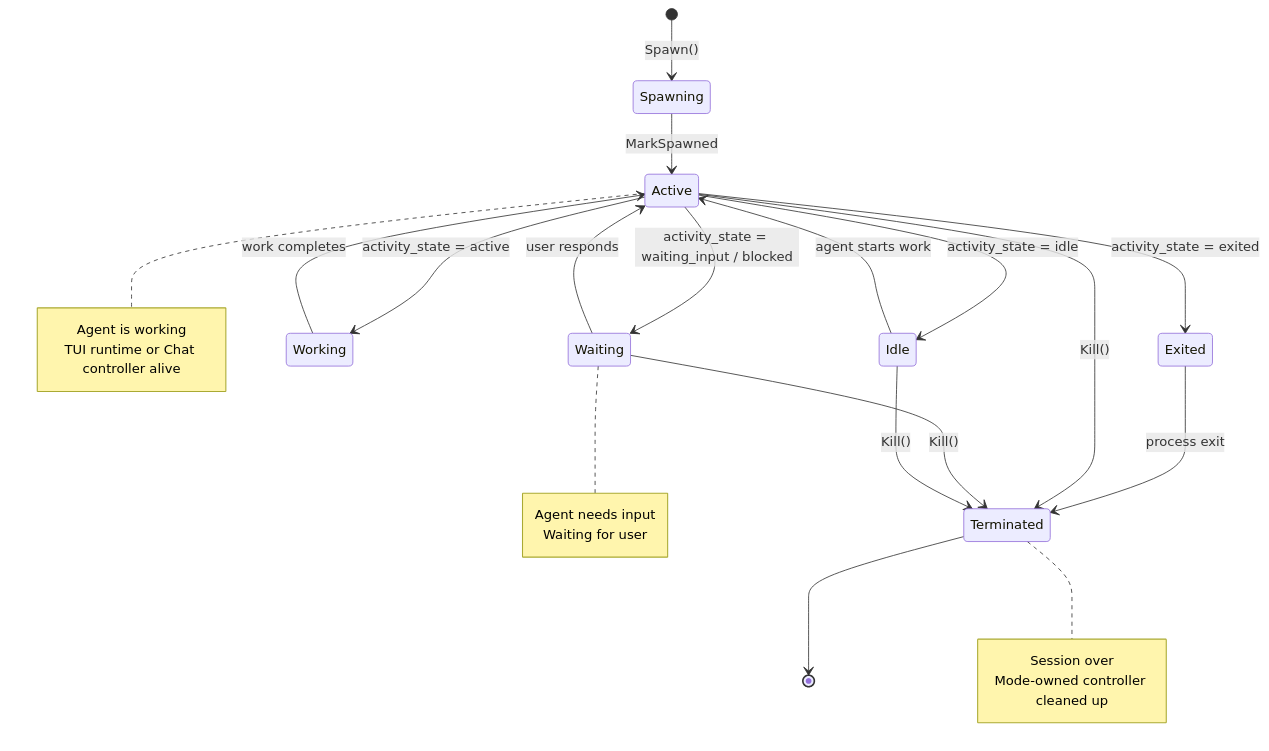
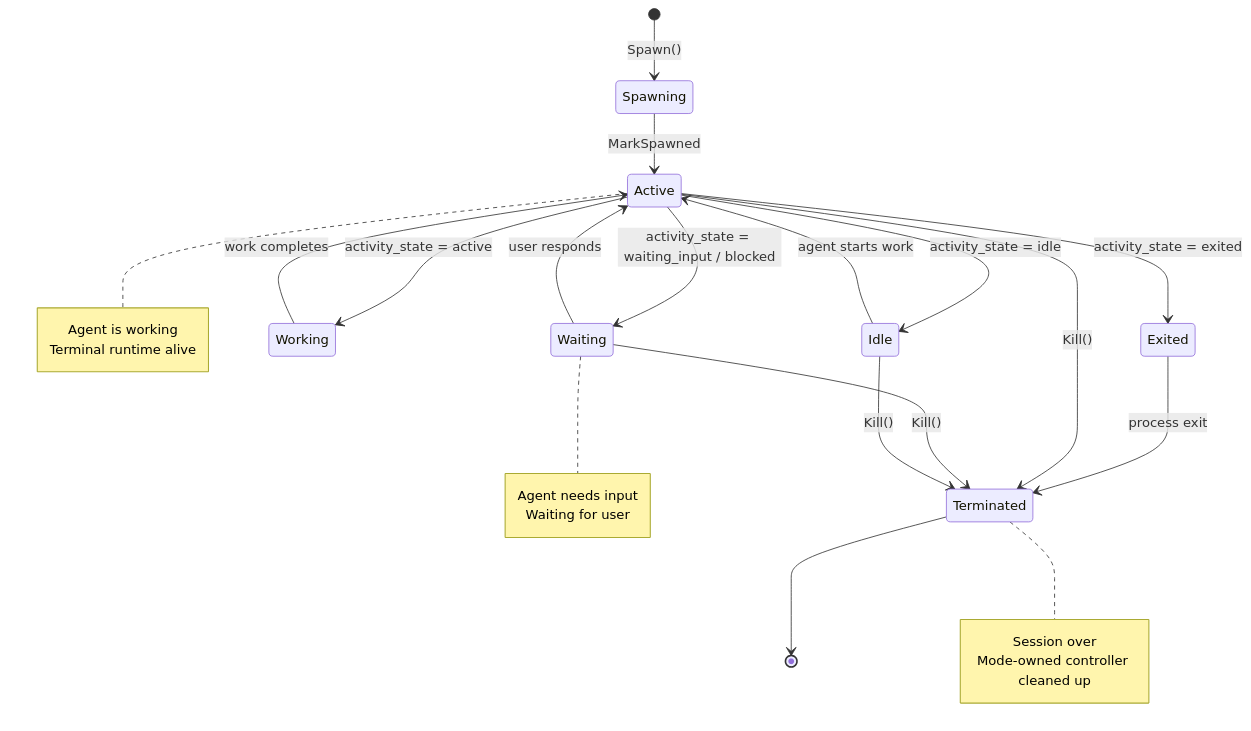
One commit to ercs-second-brain/agent-orchestrator changed diagram 15 of 23 in docs/architecture.md. Above: the diagram before and after it, drawn with Mermaid. The commit also changed other lines of this file and 90 other files, not shown here.

First line of the commit message:
refactor: remove mobile chat surfaces; docs layer for terminal-first model (#39) (#52)

````diff
--- a/docs/architecture.md
+++ b/docs/architecture.md
@@ -666,32 +536,32 @@
 ```mermaid
 stateDiagram-v2
     [*] --> Spawning: Spawn()
     Spawning --> Active: MarkSpawned
     Active --> Idle: activity_state = idle
     Active --> Working: activity_state = active
     Active --> Waiting: activity_state = waiting_input / blocked
     Active --> Exited: activity_state = exited
     Working --> Active: work completes
     Waiting --> Active: user responds
     Idle --> Active: agent starts work
     Exited --> Terminated: process exit
     Active --> Terminated: Kill()
     Waiting --> Terminated: Kill()
     Idle --> Terminated: Kill()
     Terminated --> [*]
 
     note right of Active
         Agent is working
-        TUI runtime or Chat controller alive
+        Terminal runtime alive
     end note
 
     note right of Waiting
         Agent needs input
         Waiting for user
     end note
 
     note right of Terminated
         Session over
         Mode-owned controller cleaned up
     end note
 ```
````
